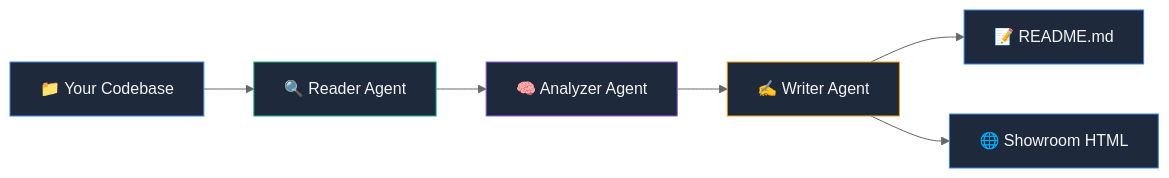
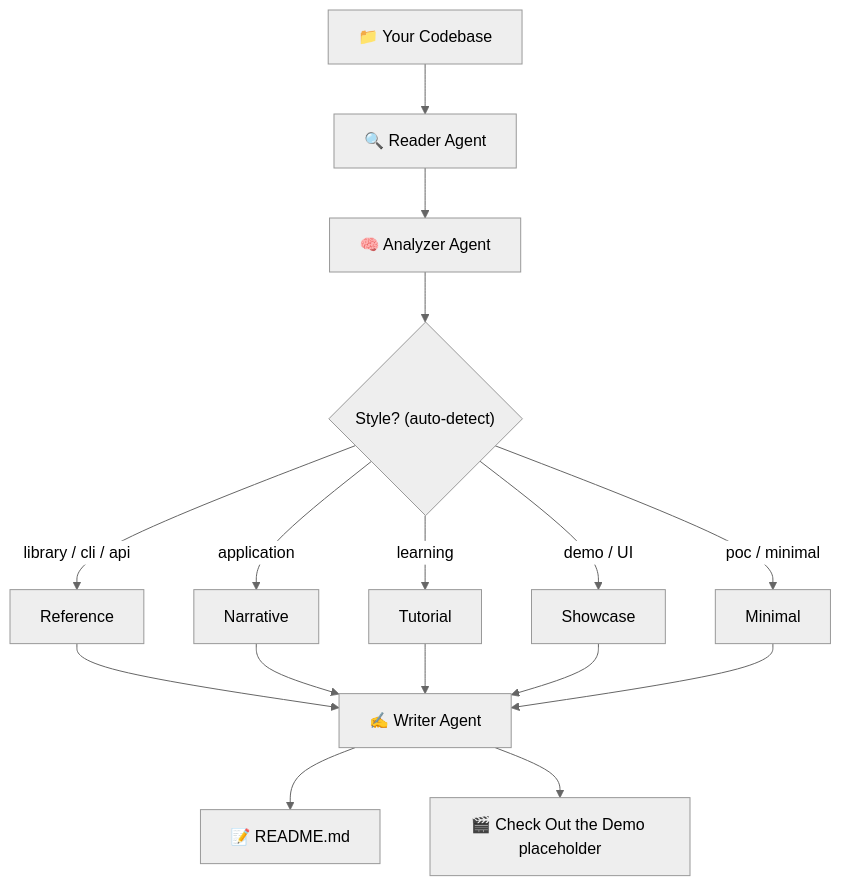
The diagram in README.md (sritajkumarpatel/githubReadmeForge), drawn with Mermaid (neutral theme) before and after one commit. The commit also changed other lines of this file and 2 other files, not shown here.

First line of the commit message:
docs: rewrite README to reflect 5-style system and add demo placeholders

````diff
--- a/README.md
+++ b/README.md
@@ -55,15 +102,18 @@
 ```mermaid
-graph LR
+flowchart TD
     A["📁 Your Codebase"] --> B["🔍 Reader Agent"]
     B --> C["🧠 Analyzer Agent"]
-    C --> D["✍️ Writer Agent"]
-    D --> E["📝 README.md"]
-    D --> F["🌐 Showroom HTML"]
-
-    style A fill:#1e293b,stroke:#3b82f6,color:#f3f4f6
-    style B fill:#1e293b,stroke:#10b981,color:#f3f4f6
-    style C fill:#1e293b,stroke:#8b5cf6,color:#f3f4f6
-    style D fill:#1e293b,stroke:#f59e0b,color:#f3f4f6
-    style E fill:#1e293b,stroke:#3b82f6,color:#f3f4f6
-    style F fill:#1e293b,stroke:#3b82f6,color:#f3f4f6
+    C --> D{"Style? (auto-detect)"}
+    D -->|library / cli / api| E1["Reference"]
+    D -->|application| E2["Narrative"]
+    D -->|learning| E3["Tutorial"]
+    D -->|demo / UI| E4["Showcase"]
+    D -->|poc / minimal| E5["Minimal"]
+    E1 --> F["✍️ Writer Agent"]
+    E2 --> F
+    E3 --> F
+    E4 --> F
+    E5 --> F
+    F --> G["📝 README.md"]
+    F --> H["🎬 Check Out the Demo placeholder"]
 ```
````
